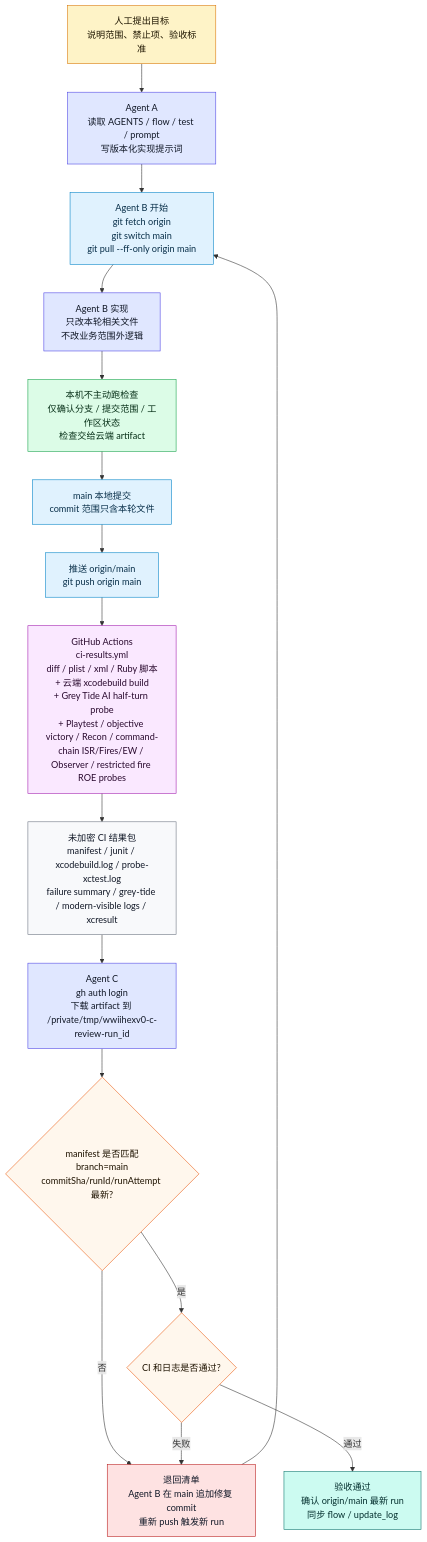
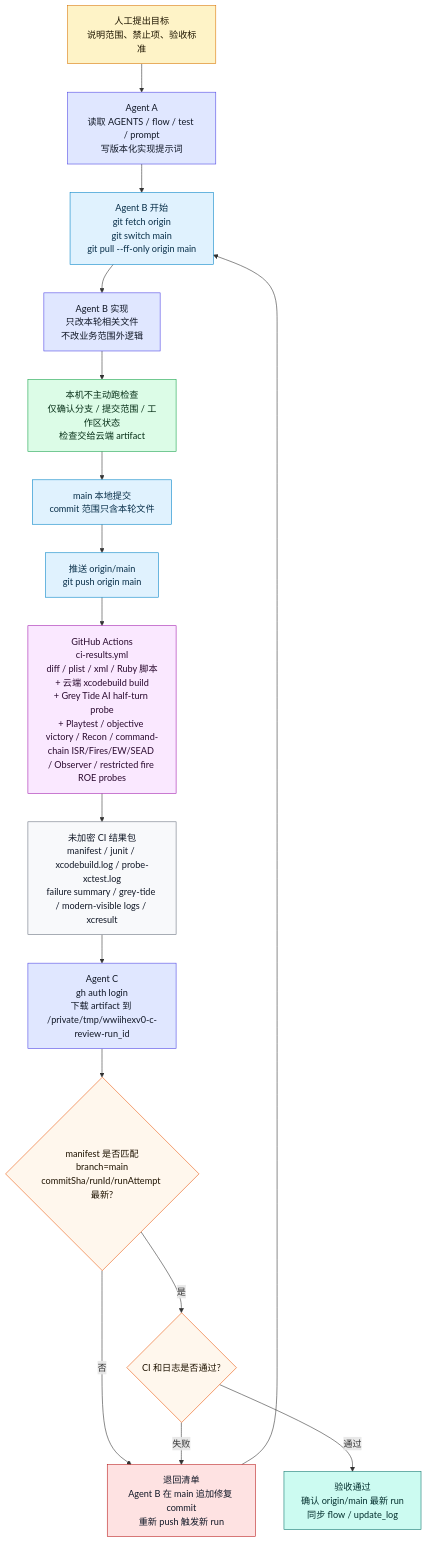
The first of 20 diagrams in md/flow/flowchart.md (Altman-sam114/127), drawn with Mermaid before and after one commit. The commit also changed other lines of this file and 8 other files, not shown here.

Commit message:
feat: bridge command-chain sead

````diff
--- a/md/flow/flowchart.md
+++ b/md/flow/flowchart.md
@@ -33,33 +33,33 @@
 ```mermaid
 flowchart TD
     HUMAN["人工提出目标<br/>说明范围、禁止项、验收标准"]:::input
     A["Agent A<br/>读取 AGENTS / flow / test / prompt<br/>写版本化实现提示词"]:::agent
     B0["Agent B 开始<br/>git fetch origin<br/>git switch main<br/>git pull --ff-only origin main"]:::git
     B1["Agent B 实现<br/>只改本轮相关文件<br/>不改业务范围外逻辑"]:::agent
     LOCAL["本机不主动跑检查<br/>仅确认分支 / 提交范围 / 工作区状态<br/>检查交给云端 artifact"]:::check
     COMMIT["main 本地提交<br/>commit 范围只含本轮文件"]:::git
     PUSH["推送 origin/main<br/>git push origin main"]:::git
-    GHA["GitHub Actions<br/>ci-results.yml<br/>diff / plist / xml / Ruby 脚本<br/>+ 云端 xcodebuild build<br/>+ Grey Tide AI half-turn probe<br/>+ Playtest / objective victory / Recon / command-chain ISR/Fires/EW / Observer / restricted fire ROE probes"]:::cloud
+    GHA["GitHub Actions<br/>ci-results.yml<br/>diff / plist / xml / Ruby 脚本<br/>+ 云端 xcodebuild build<br/>+ Grey Tide AI half-turn probe<br/>+ Playtest / objective victory / Recon / command-chain ISR/Fires/EW/SEAD / Observer / restricted fire ROE probes"]:::cloud
     ART["未加密 CI 结果包<br/>manifest / junit / xcodebuild.log / probe-xctest.log<br/>failure summary / grey-tide / modern-visible logs / xcresult"]:::artifact
     C0["Agent C<br/>gh auth login<br/>下载 artifact 到 /private/tmp/wwiihexv0-c-review-run_id"]:::agent
     C1{"manifest 是否匹配<br/>branch=main<br/>commitSha/runId/runAttempt 最新?"}:::decision
     C2{"CI 和日志是否通过?"}:::decision
     REJECT["退回清单<br/>Agent B 在 main 追加修复 commit<br/>重新 push 触发新 run"]:::stop
     ACCEPT["验收通过<br/>确认 origin/main 最新 run<br/>同步 flow / update_log"]:::ok
 
     HUMAN --> A --> B0 --> B1 --> LOCAL --> COMMIT --> PUSH --> GHA --> ART --> C0 --> C1
     C1 -->|否| REJECT --> B0
     C1 -->|是| C2
     C2 -->|失败| REJECT
     C2 -->|通过| ACCEPT
 
     classDef input fill:#fef3c7,stroke:#d97706,color:#1f1600
     classDef agent fill:#e0e7ff,stroke:#4f46e5,color:#111827
     classDef git fill:#e0f2fe,stroke:#0284c7,color:#082f49
     classDef check fill:#dcfce7,stroke:#16a34a,color:#052e16
     classDef cloud fill:#fae8ff,stroke:#a21caf,color:#2a0a2f
     classDef artifact fill:#f8f9fb,stroke:#6b7280,color:#111827
     classDef decision fill:#fff7ed,stroke:#ea580c,color:#1f1300
     classDef stop fill:#fee2e2,stroke:#b91c1c,color:#111827
     classDef ok fill:#ccfbf1,stroke:#0f766e,color:#042f2e
 ```
````
